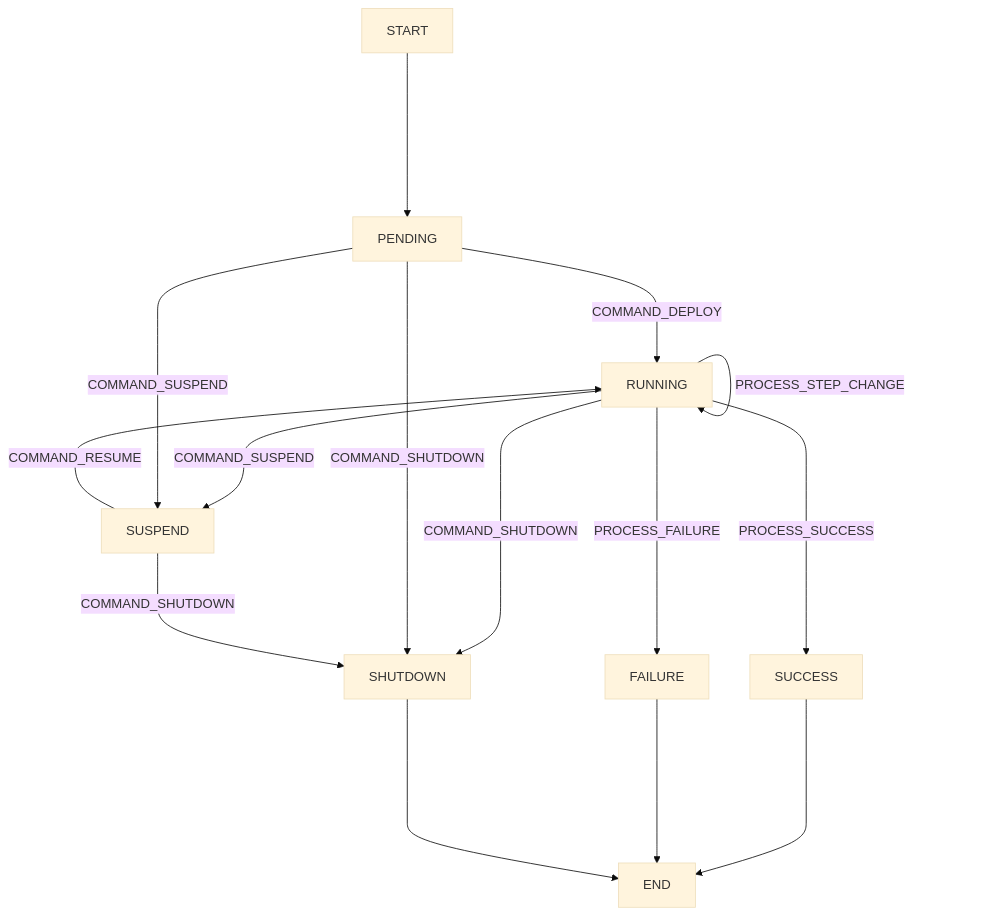
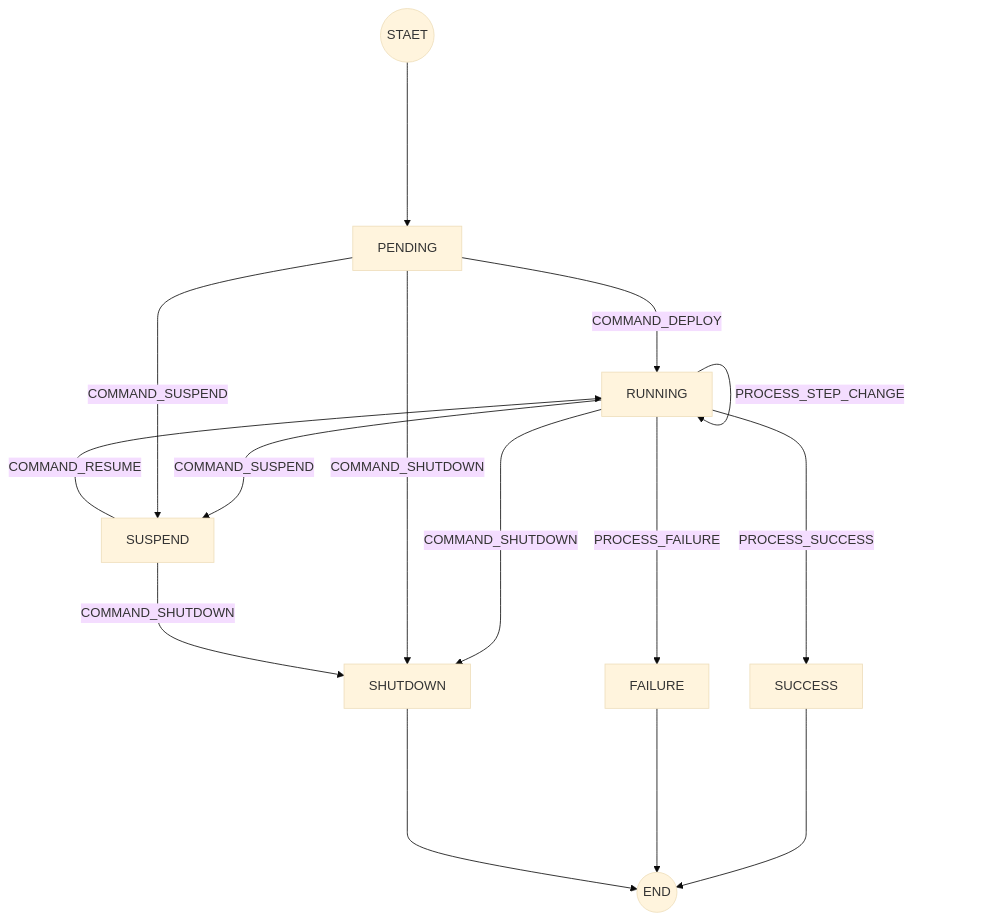
One commit to kalencaya/docs changed the first of 3 diagrams in docs/2025/zh/project/workflow/orchestration/design.md. Above: the diagram before and after it, drawn with Mermaid (base theme). The commit also changed other lines of this file, not shown here.

````diff
--- a/docs/2025/zh/project/workflow/orchestration/design.md
+++ b/docs/2025/zh/project/workflow/orchestration/design.md
@@ -126,17 +126,17 @@
 ```mermaid
 flowchart TD;
-		START -----> PENDING;
+		START((STAET)) -----> PENDING;
     PENDING -- COMMAND_DEPLOY ---> RUNNING;
     RUNNING -- PROCESS_STEP_CHANGE ---> RUNNING;
     RUNNING -- PROCESS_SUCCESS ---> SUCCESS;
     RUNNING -- PROCESS_FAILURE ---> FAILURE;
     RUNNING -- COMMAND_SUSPEND ---> SUSPEND;
     RUNNING -- COMMAND_SHUTDOWN ---> SHUTDOWN;
     PENDING -- COMMAND_SHUTDOWN ---> SHUTDOWN;
     PENDING -- COMMAND_SUSPEND ---> SUSPEND;
     SUSPEND -- COMMAND_RESUME ---> RUNNING;
     SUSPEND -- COMMAND_SHUTDOWN ---> SHUTDOWN;
-    SUCCESS -----> END;
+    SUCCESS -----> END((END));
     FAILURE -----> END;
     SHUTDOWN -----> END;
 ```
````
